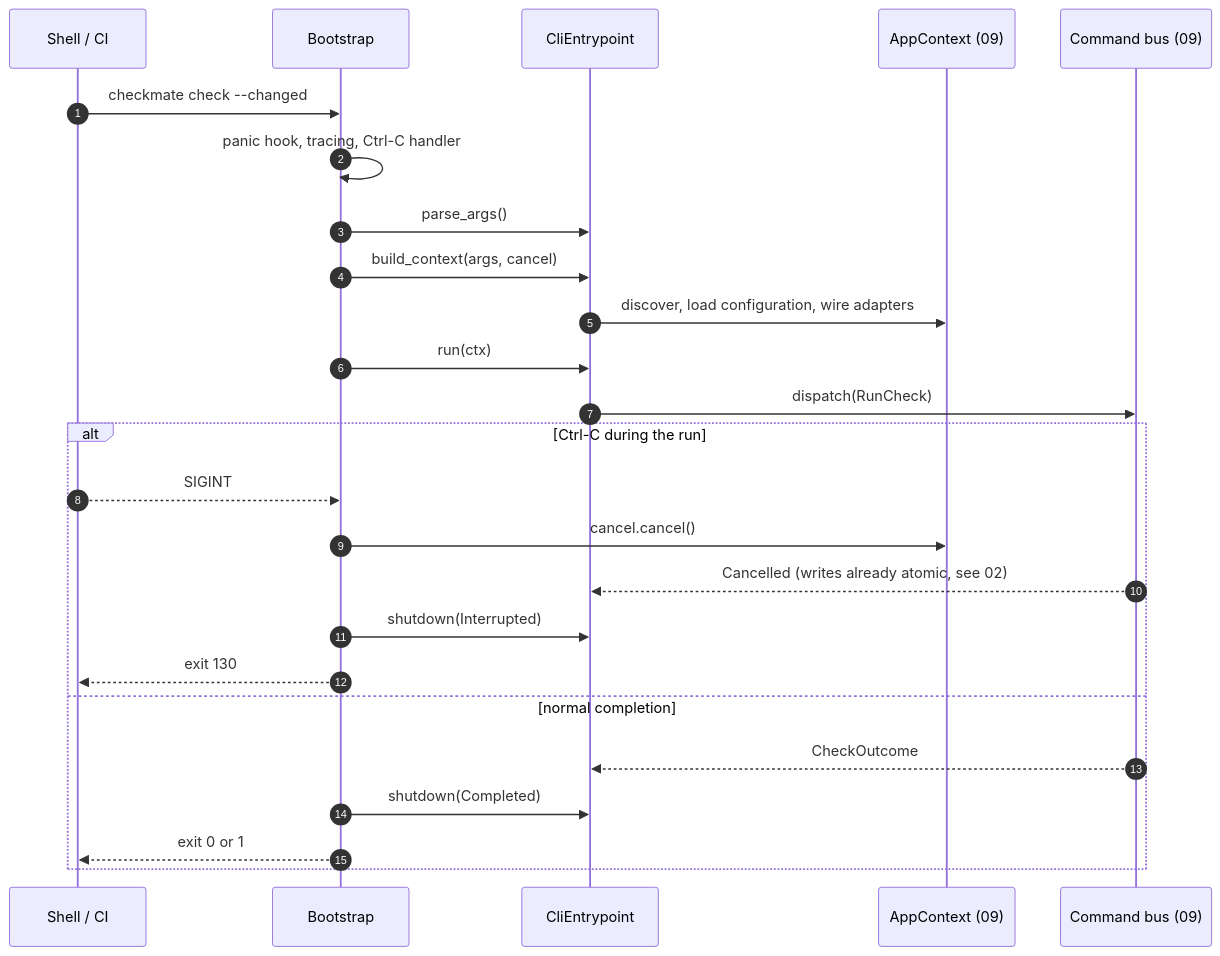
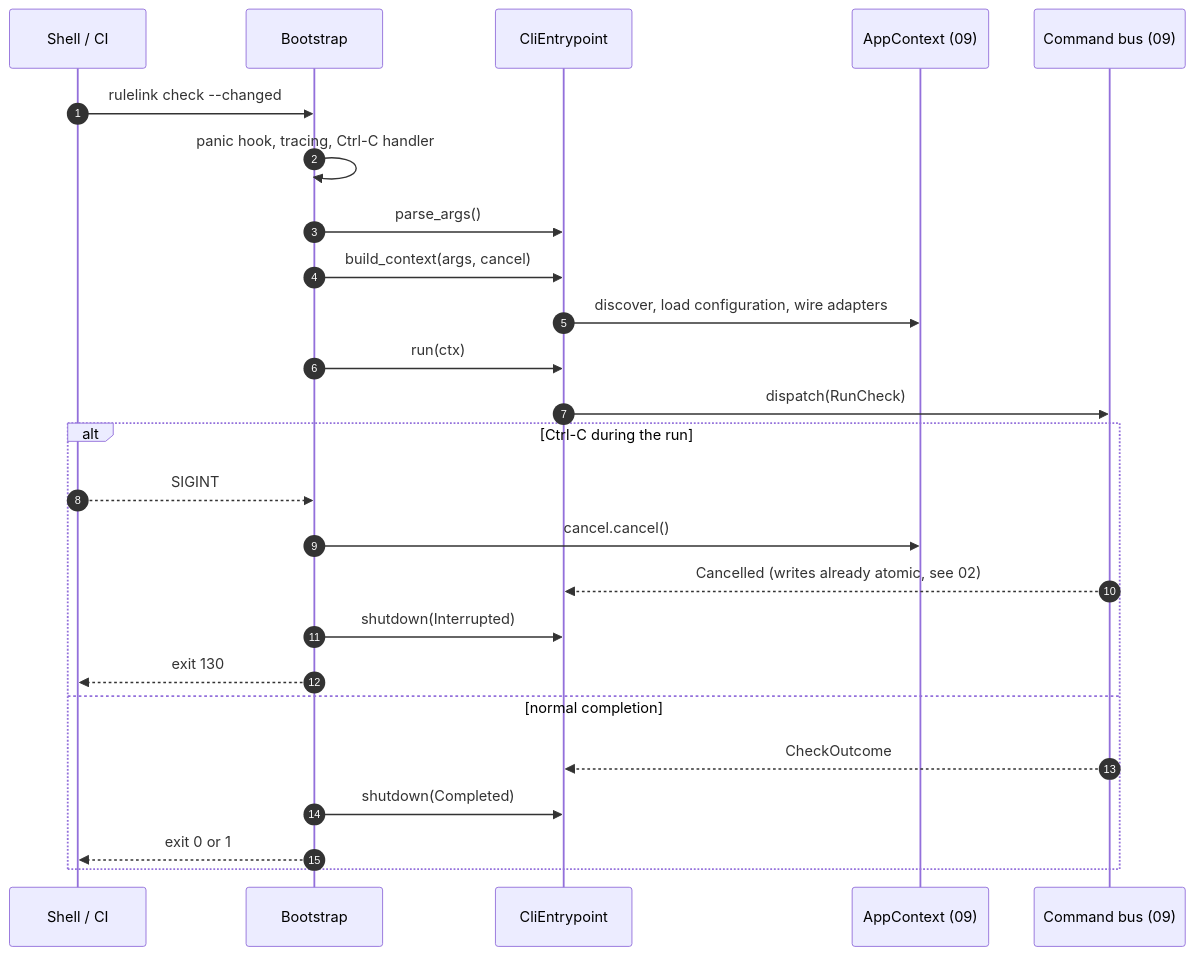
One commit to E-Jacques/Rulelink changed the second of 5 diagrams in docs/architecture/10-runtime-lifecycle.md. Above: the diagram before and after it, drawn with Mermaid. The commit also changed other lines of this file and 126 other files, not shown here.

First line of the commit message:
chore: rename the project from Checkmate to Rulelink (#6)

````diff
--- a/docs/architecture/10-runtime-lifecycle.md
+++ b/docs/architecture/10-runtime-lifecycle.md
@@ -98,28 +98,28 @@
 ```mermaid
 sequenceDiagram
     autonumber
     participant OS as Shell / CI
     participant BS as Bootstrap
     participant CLI as CliEntrypoint
     participant CTX as AppContext (09)
     participant BUS as Command bus (09)
 
-    OS->>BS: checkmate check --changed
+    OS->>BS: rulelink check --changed
     BS->>BS: panic hook, tracing, Ctrl-C handler
     BS->>CLI: parse_args()
     BS->>CLI: build_context(args, cancel)
     CLI->>CTX: discover, load configuration, wire adapters
     BS->>CLI: run(ctx)
     CLI->>BUS: dispatch(RunCheck)
     alt Ctrl-C during the run
         OS-->>BS: SIGINT
         BS->>CTX: cancel.cancel()
         BUS-->>CLI: Cancelled (writes already atomic, see 02)
         BS->>CLI: shutdown(Interrupted)
         BS-->>OS: exit 130
     else normal completion
         BUS-->>CLI: CheckOutcome
         BS->>CLI: shutdown(Completed)
         BS-->>OS: exit 0 or 1
     end
 ```
````
